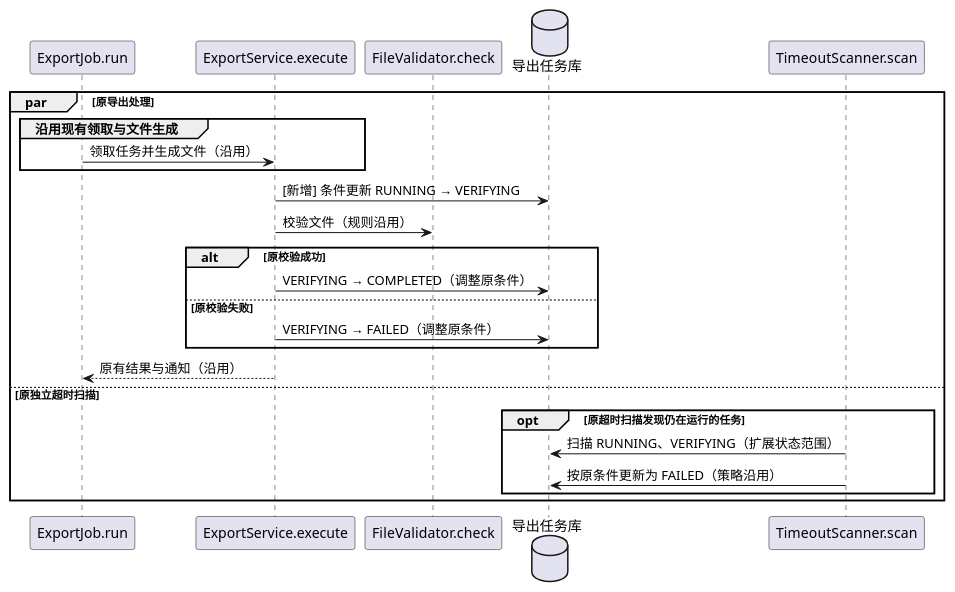
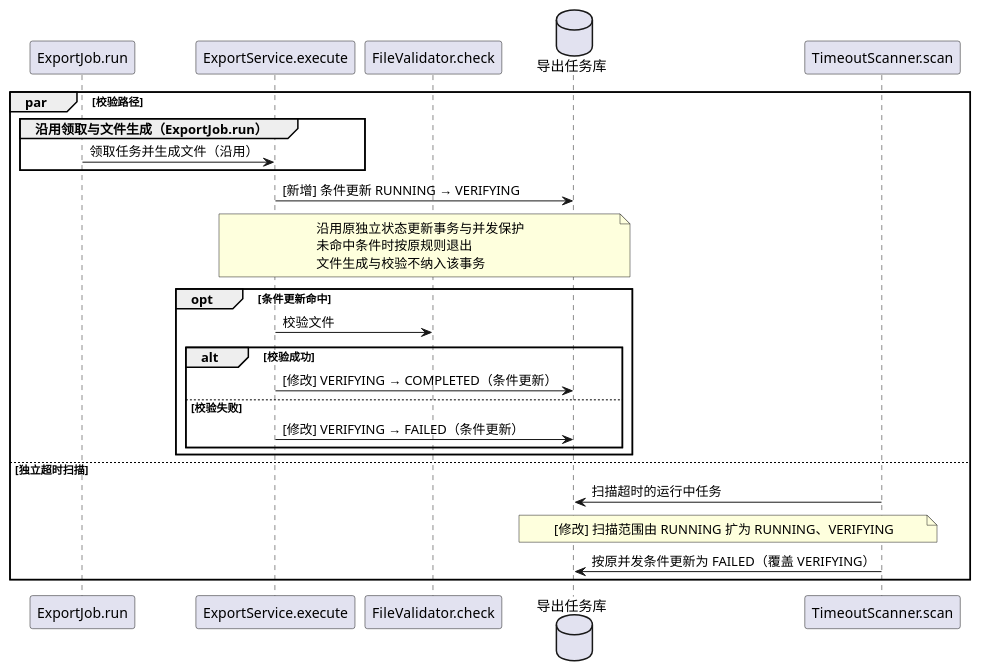
One commit to Leeycw96/harness-project changed the diagram in keel-plan/skills/keel-plan/assets/incremental-example.features/mark-verifying.md. Above: the diagram before and after it, drawn with PlantUML. The commit also changed other lines of this file and 12 other files, not shown here.

````diff
--- a/keel-plan/skills/keel-plan/assets/incremental-example.features/mark-verifying.md
+++ b/keel-plan/skills/keel-plan/assets/incremental-example.features/mark-verifying.md
@@ -19,27 +15,34 @@
 ```plantuml
 @startuml
 participant "ExportJob.run" as Job
 participant "ExportService.execute" as Service
 participant "FileValidator.check" as Validator
 database 导出任务库 as DB
 participant "TimeoutScanner.scan" as Timer
-par 原导出处理
-group 沿用现有领取与文件生成
+par 校验路径
+group 沿用领取与文件生成（ExportJob.run）
 Job -> Service : 领取任务并生成文件（沿用）
 end
 Service -> DB : [新增] 条件更新 RUNNING → VERIFYING
-Service -> Validator : 校验文件（规则沿用）
-alt 原校验成功
-Service -> DB : VERIFYING → COMPLETED（调整原条件）
-else 原校验失败
-Service -> DB : VERIFYING → FAILED（调整原条件）
+note over Service,DB
+沿用原独立状态更新事务与并发保护
+未命中条件时按原规则退出
+文件生成与校验不纳入该事务
+end note
+opt 条件更新命中
+Service -> Validator : 校验文件
+alt 校验成功
+Service -> DB : [修改] VERIFYING → COMPLETED（条件更新）
+else 校验失败
+Service -> DB : [修改] VERIFYING → FAILED（条件更新）
 end
-Service --> Job : 原有结果与通知（沿用）
-else 原独立超时扫描
-opt 原超时扫描发现仍在运行的任务
-Timer -> DB : 扫描 RUNNING、VERIFYING（扩展状态范围）
-Timer -> DB : 按原条件更新为 FAILED（策略沿用）
 end
+else 独立超时扫描
+Timer -> DB : 扫描超时的运行中任务
+note over Timer,DB
+[修改] 扫描范围由 RUNNING 扩为 RUNNING、VERIFYING
+end note
+Timer -> DB : 按原并发条件更新为 FAILED（覆盖 VERIFYING）
 end
 @enduml
 ```
````
